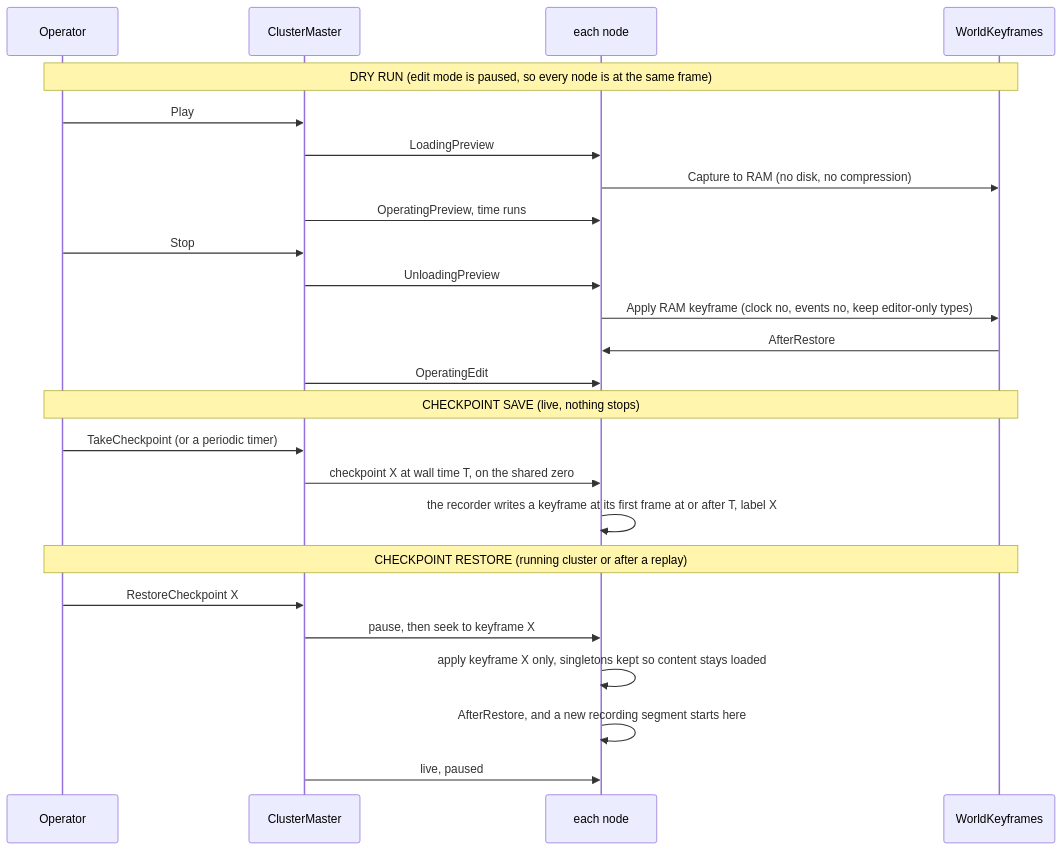
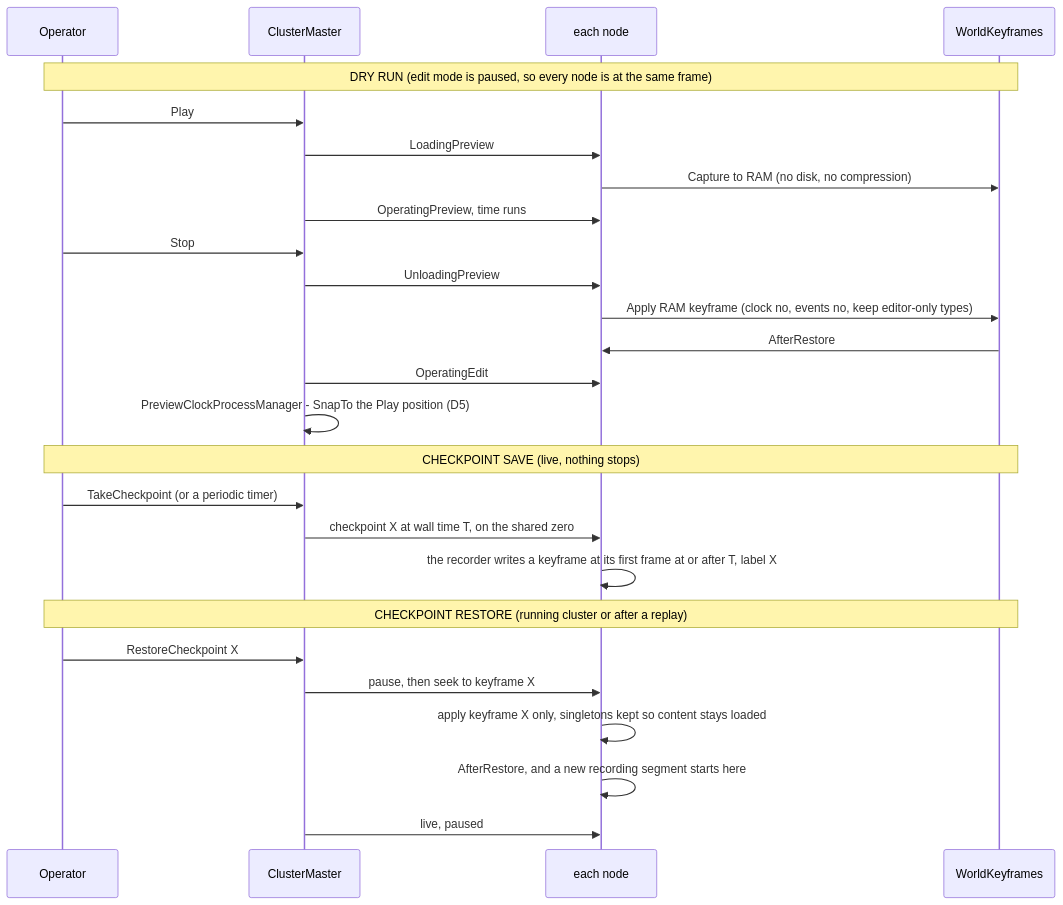
The third of 3 diagrams in docs/DESIGN_Checkpoint_And_Dry_Run_Restore.md (pjanec/HROT), drawn with Mermaid before and after one commit. The commit also changed other lines of this file and 12 other files, not shown here.

````diff
--- a/docs/DESIGN_Checkpoint_And_Dry_Run_Restore.md
+++ b/docs/DESIGN_Checkpoint_And_Dry_Run_Restore.md
@@ -245,27 +262,28 @@
 ```mermaid
 sequenceDiagram
   participant Op as Operator
   participant M as ClusterMaster
   participant N as each node
   participant W as WorldKeyframes
   Note over Op,W: DRY RUN (edit mode is paused, so every node is at the same frame)
   Op->>M: Play
   M->>N: LoadingPreview
   N->>W: Capture to RAM (no disk, no compression)
   M->>N: OperatingPreview, time runs
   Op->>M: Stop
   M->>N: UnloadingPreview
   N->>W: Apply RAM keyframe (clock no, events no, keep editor-only types)
   W->>N: AfterRestore
   M->>N: OperatingEdit
+  M->>M: PreviewClockProcessManager - SnapTo the Play position (D5)
   Note over Op,W: CHECKPOINT SAVE (live, nothing stops)
   Op->>M: TakeCheckpoint (or a periodic timer)
   M->>N: checkpoint X at wall time T, on the shared zero
   N->>N: the recorder writes a keyframe at its first frame at or after T, label X
   Note over Op,W: CHECKPOINT RESTORE (running cluster or after a replay)
   Op->>M: RestoreCheckpoint X
   M->>N: pause, then seek to keyframe X
   N->>N: apply keyframe X only, singletons kept so content stays loaded
   N->>N: AfterRestore, and a new recording segment starts here
   M->>N: live, paused
 ```
````
